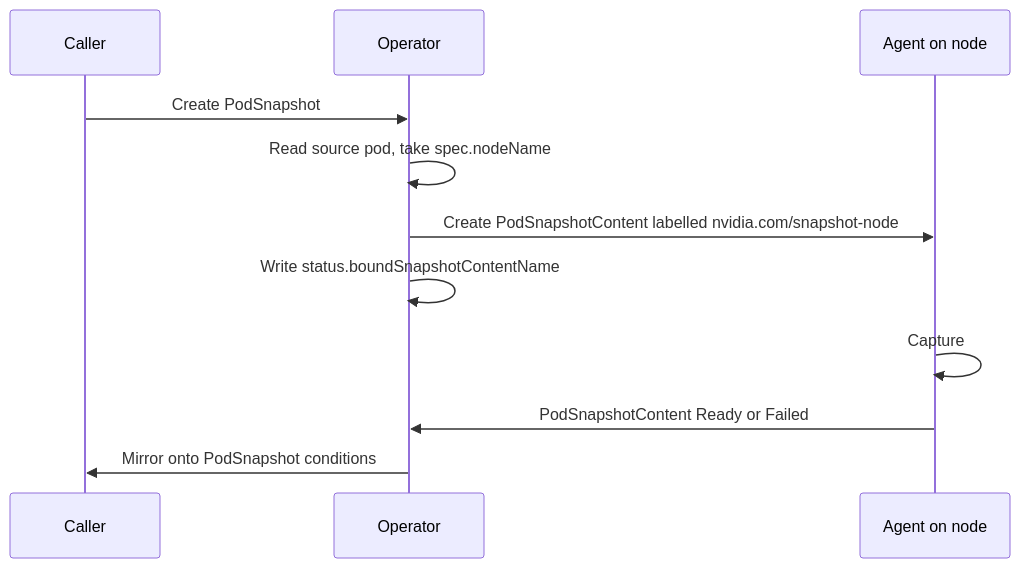
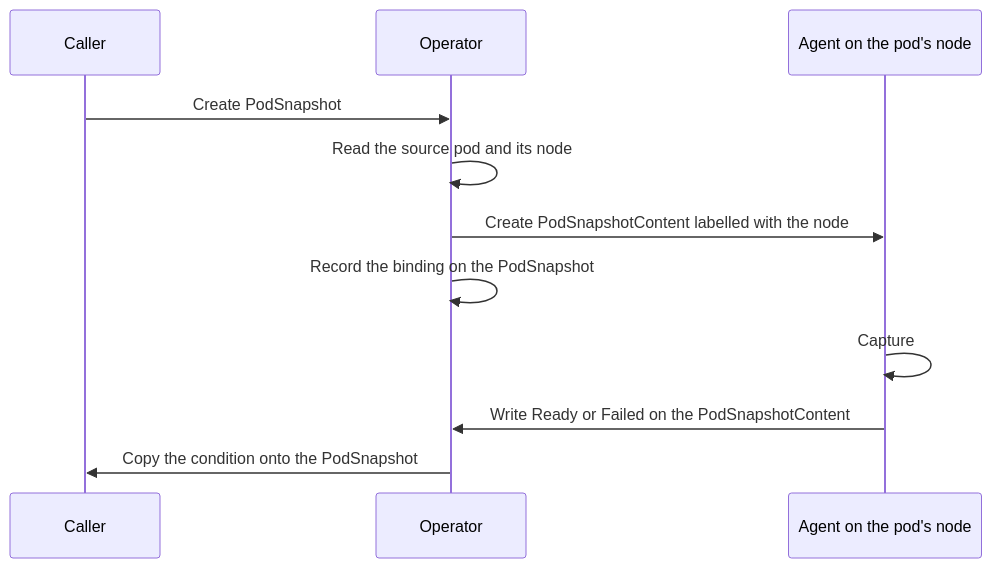
One commit to ai-dynamo/snapshot changed the first of 2 diagrams in docs/reference/architecture/control-plane.md. Above: the diagram before and after it, drawn with Mermaid. The commit also changed other lines of this file and 5 other files, not shown here.

First line of the commit message:
docs(architecture): lead each page with the big picture and define terms

````diff
--- a/docs/reference/architecture/control-plane.md
+++ b/docs/reference/architecture/control-plane.md
@@ -68,13 +38,13 @@
 ```mermaid
 sequenceDiagram
     participant C as Caller
     participant O as Operator
-    participant A as Agent on node
+    participant A as Agent on the pod's node
     C->>O: Create PodSnapshot
-    O->>O: Read source pod, take spec.nodeName
-    O->>A: Create PodSnapshotContent labelled nvidia.com/snapshot-node
-    O->>O: Write status.boundSnapshotContentName
+    O->>O: Read the source pod and its node
+    O->>A: Create PodSnapshotContent labelled with the node
+    O->>O: Record the binding on the PodSnapshot
     A->>A: Capture
-    A->>O: PodSnapshotContent Ready or Failed
-    O->>C: Mirror onto PodSnapshot conditions
+    A->>O: Write Ready or Failed on the PodSnapshotContent
+    O->>C: Copy the condition onto the PodSnapshot
 ```
````
